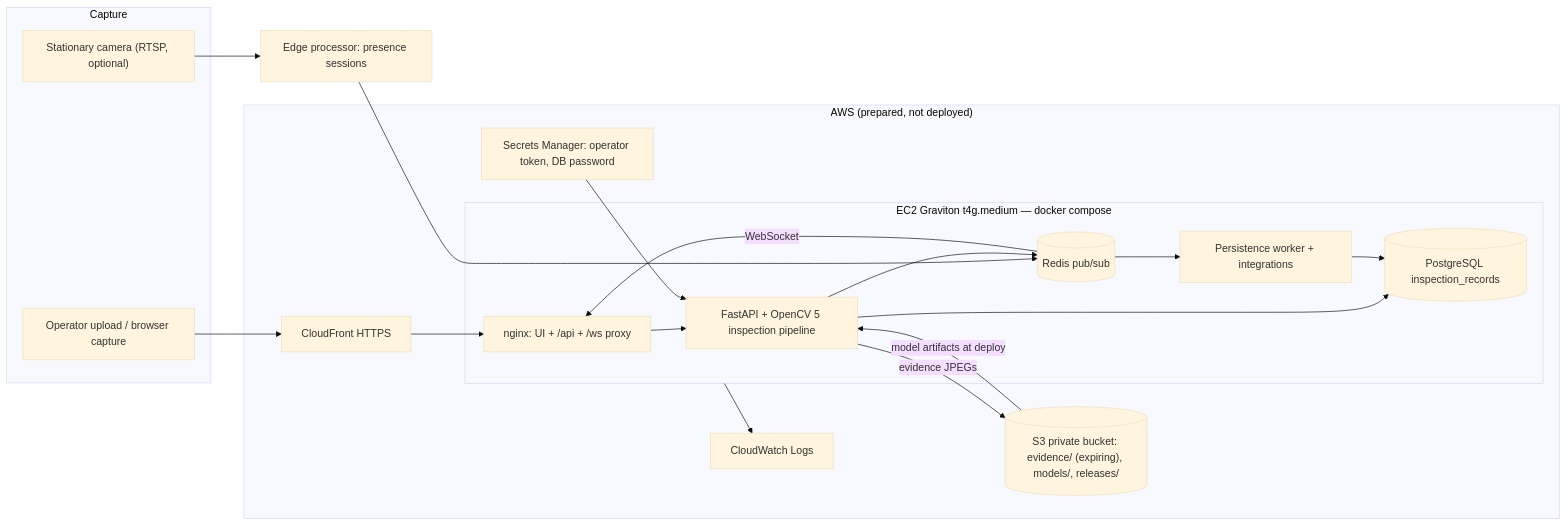
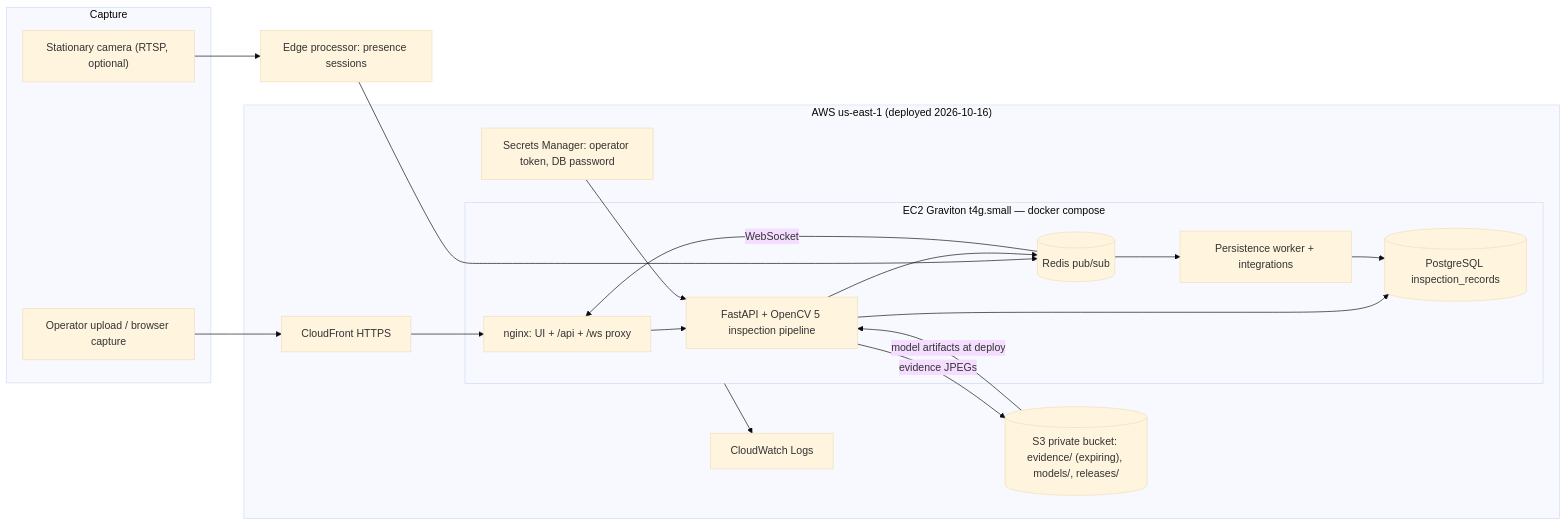
The diagram in docs/ARCHITECTURE.md (ghazyachmed/MotionQA), drawn with Mermaid (base theme) before and after one commit. The commit also changed other lines of this file and 6 other files, not shown here.

````diff
--- a/docs/ARCHITECTURE.md
+++ b/docs/ARCHITECTURE.md
@@ -8,29 +8,29 @@
 ```mermaid
 flowchart LR
   subgraph Capture
     upload["Operator upload / browser capture"]
     rtsp["Stationary camera (RTSP, optional)"]
   end
-  subgraph AWS["AWS (prepared, not deployed)"]
+  subgraph AWS["AWS us-east-1 (deployed 2026-10-16)"]
     cf["CloudFront HTTPS"]
-    subgraph EC2["EC2 Graviton t4g.medium — docker compose"]
+    subgraph EC2["EC2 Graviton t4g.small — docker compose"]
       nginx["nginx: UI + /api + /ws proxy"]
       api["FastAPI + OpenCV 5 inspection pipeline"]
       pg[("PostgreSQL inspection_records")]
       redis[("Redis pub/sub")]
       worker["Persistence worker + integrations"]
     end
     s3[("S3 private bucket: evidence/ (expiring), models/, releases/")]
     sm["Secrets Manager: operator token, DB password"]
     cw["CloudWatch Logs"]
   end
   upload --> cf --> nginx --> api
   rtsp --> edge["Edge processor: presence sessions"] --> redis
   api --> pg
   api --> redis --> worker --> pg
   api -->|evidence JPEGs| s3
   s3 -->|model artifacts at deploy| api
   sm --> api
   EC2 --> cw
   redis -->|WebSocket| nginx
 ```
````
